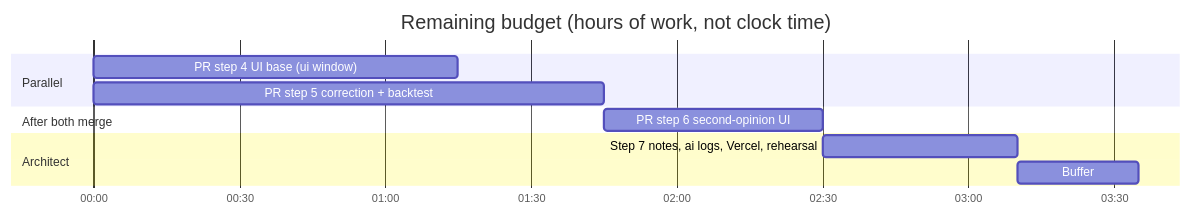
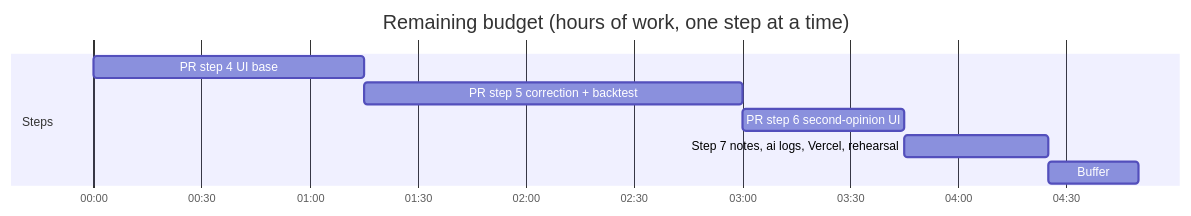
The fourth of 4 diagrams in docs/architecture.md (pikionis/Weather-Quick), drawn with Mermaid before and after one commit. The commit also changed other lines of this file and 1 other file, not shown here.

First line of the commit message:
Docs: align the architecture with one agent, the data contract and measured numbers

````diff
--- a/docs/architecture.md
+++ b/docs/architecture.md
@@ -265,14 +276,12 @@
 ```mermaid
 gantt
   dateFormat HH:mm
   axisFormat %H:%M
-  title Remaining budget (hours of work, not clock time)
-  section Parallel
-  PR step 4 UI base (ui window)            :a, 00:00, 75m
-  PR step 5 correction + backtest          :b, 00:00, 105m
-  section After both merge
+  title Remaining budget (hours of work, one step at a time)
+  section Steps
+  PR step 4 UI base                        :a, 00:00, 75m
+  PR step 5 correction + backtest          :b, after a, 105m
   PR step 6 second-opinion UI              :c, after b, 45m
-  section Architect
   Step 7 notes, ai logs, Vercel, rehearsal :d, after c, 40m
   Buffer                                   :e, after d, 25m
 ```
````
